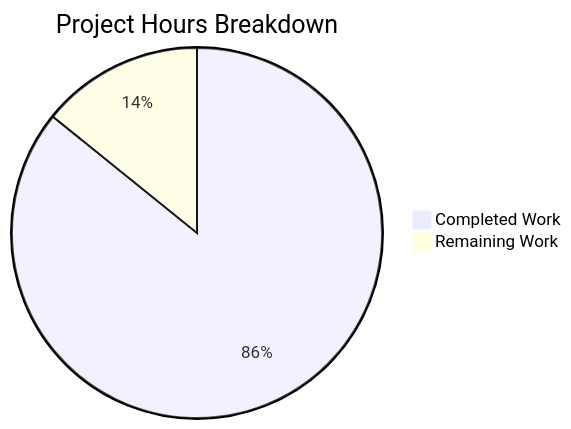
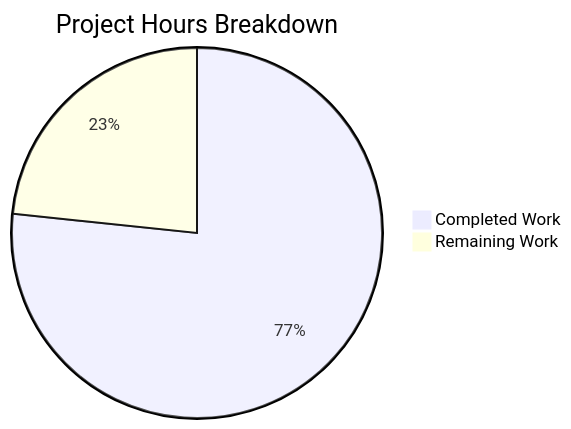
One commit to Blitzy-Sandbox/blitzy-cal changed the second of 2 diagrams in blitzy/documentation/Project Guide.md. Above: the diagram before and after it, drawn with Mermaid. The commit also changed other lines of this file, not shown here.

Commit message:
Adding Blitzy Project Guide: Project Status and Human Tasks Remaining

````diff
--- a/blitzy/documentation/Project Guide.md
+++ b/blitzy/documentation/Project Guide.md
@@ -192,5 +181,5 @@
 ```mermaid
 pie title Project Hours Breakdown
-    "Completed Work" : 127
-    "Remaining Work" : 21
+    "Completed Work" : 23
+    "Remaining Work" : 7
 ```
````
